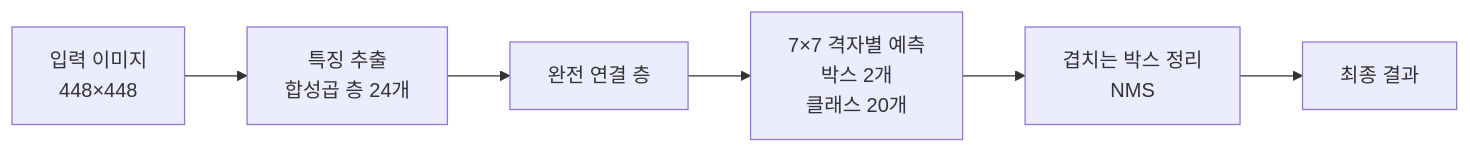
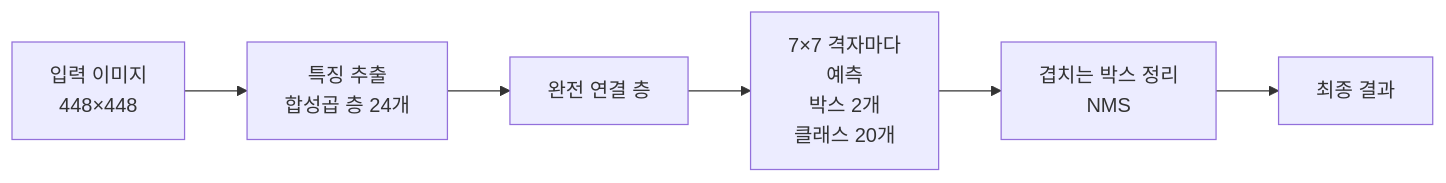
The diagram in YOLO/README.md (mjk022/portfolio), drawn with Mermaid before and after one commit. The commit also changed 5 other files, not shown here.

Commit message:
README 다이어그램 라벨을 8자 이내 줄로 나눠 글자 단위 줄바꿈 방지

````diff
--- a/YOLO/README.md
+++ b/YOLO/README.md
@@ -36,8 +36,8 @@
 ```mermaid
 flowchart LR
     A[입력 이미지<br/>448×448] --> B[특징 추출<br/>합성곱 층 24개]
     B --> C[완전 연결 층]
-    C --> D[7×7 격자별 예측<br/>박스 2개<br/>클래스 20개]
+    C --> D[7×7 격자마다<br/>예측<br/>박스 2개<br/>클래스 20개]
     D --> E[겹치는 박스 정리<br/>NMS]
     E --> F[최종 결과]
 ```
````
